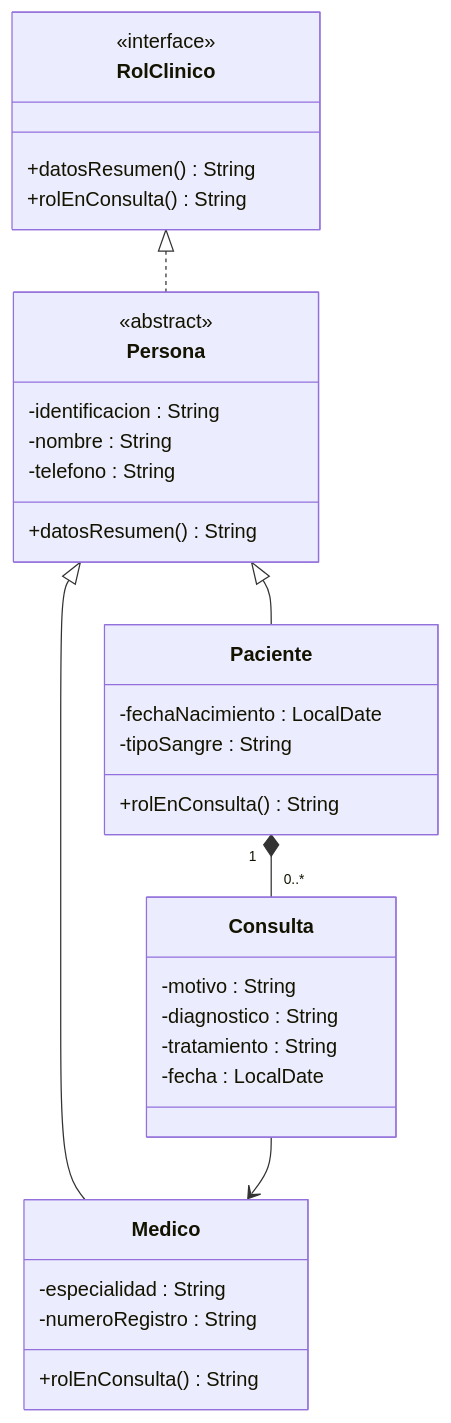
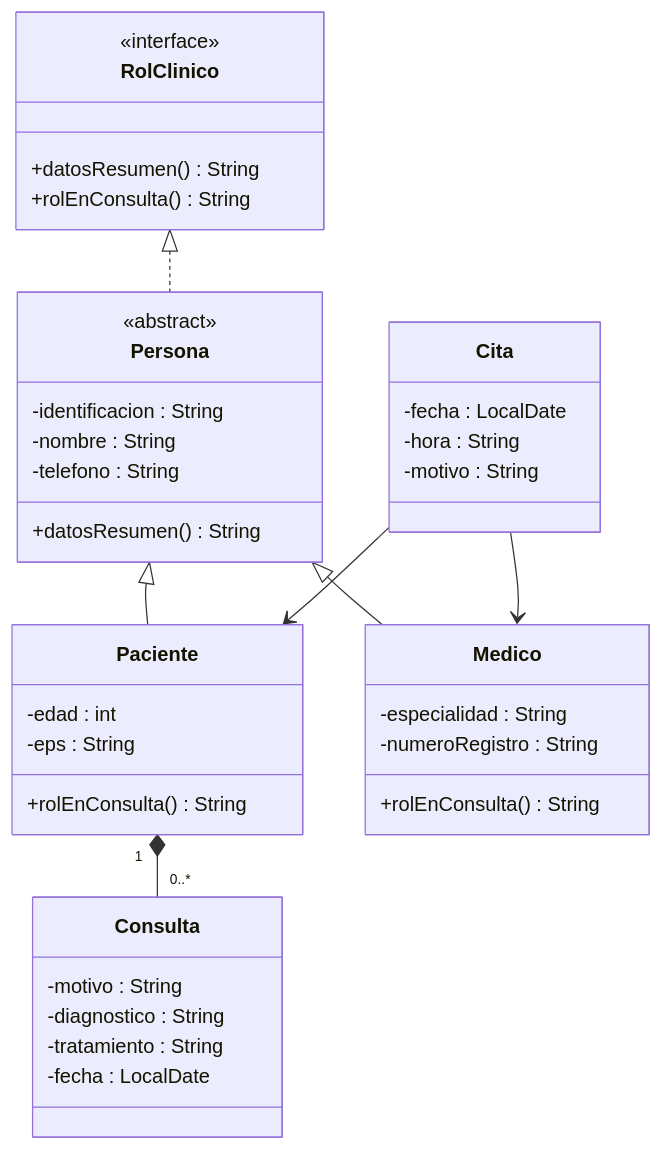
Before and after one commit to santiagoSuarez219/nodo-edu: the second of 5 diagrams in content/cursos/estructuras-de-datos/guias/lab-m1-diseno-oo-completo.md, drawn with Mermaid. The commit also changed other lines of this file, not shown here.

````diff
--- a/content/cursos/estructuras-de-datos/guias/lab-m1-diseno-oo-completo.md
+++ b/content/cursos/estructuras-de-datos/guias/lab-m1-diseno-oo-completo.md
@@ -233,36 +300,42 @@
 ```mermaid
 classDiagram
   class RolClinico {
     <<interface>>
     +datosResumen() String
     +rolEnConsulta() String
   }
   class Persona {
     <<abstract>>
     -identificacion : String
     -nombre : String
     -telefono : String
     +datosResumen() String
   }
   class Paciente {
-    -fechaNacimiento : LocalDate
-    -tipoSangre : String
+    -edad : int
+    -eps : String
     +rolEnConsulta() String
   }
   class Medico {
     -especialidad : String
     -numeroRegistro : String
     +rolEnConsulta() String
   }
   class Consulta {
     -motivo : String
     -diagnostico : String
     -tratamiento : String
     -fecha : LocalDate
   }
+  class Cita {
+    -fecha : LocalDate
+    -hora : String
+    -motivo : String
+  }
   RolClinico <|.. Persona
   Persona <|-- Paciente
   Persona <|-- Medico
   Paciente "1" *-- "0..*" Consulta
-  Consulta --> Medico
+  Cita --> Paciente
+  Cita --> Medico
 ```
````
